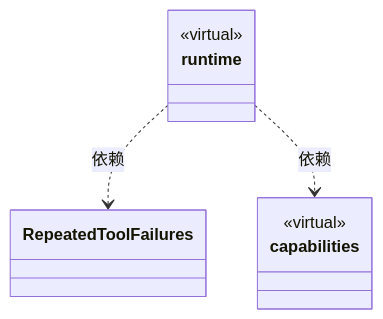
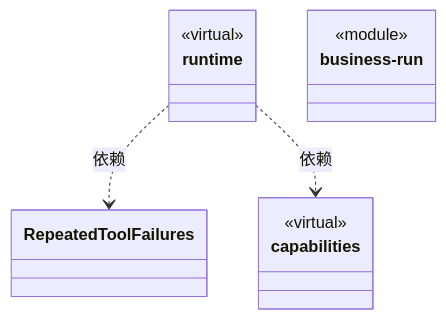
Before and after one commit to nan023062/cbim: the second of 2 diagrams in src/logic/execution/rules/ARCHITECTURE.md, drawn with Mermaid. The commit also changed other lines of this file and 136 other files, not shown here.

````diff
--- a/src/logic/execution/rules/ARCHITECTURE.md
+++ b/src/logic/execution/rules/ARCHITECTURE.md
@@ -21,15 +72,19 @@
 ```mermaid
 classDiagram
 class N_1491fae3d5b9["runtime"] {
   <<virtual>>
 }
 click N_1491fae3d5b9 href "runtime/ARCHITECTURE.md"
 class N_4ea823e0d00a["RepeatedToolFailures"]
 click N_4ea823e0d00a href "repeated-tool-failures.ts"
 class N_6e47b8d8476c["capabilities"] {
   <<virtual>>
 }
 click N_6e47b8d8476c href "capabilities/ARCHITECTURE.md"
+class N_92e43bb88e8b["business-run"] {
+  <<module>>
+}
+click N_92e43bb88e8b href "business-run.ts"
 N_1491fae3d5b9 ..> N_4ea823e0d00a : 依赖
 N_1491fae3d5b9 ..> N_6e47b8d8476c : 依赖
 ```
````
